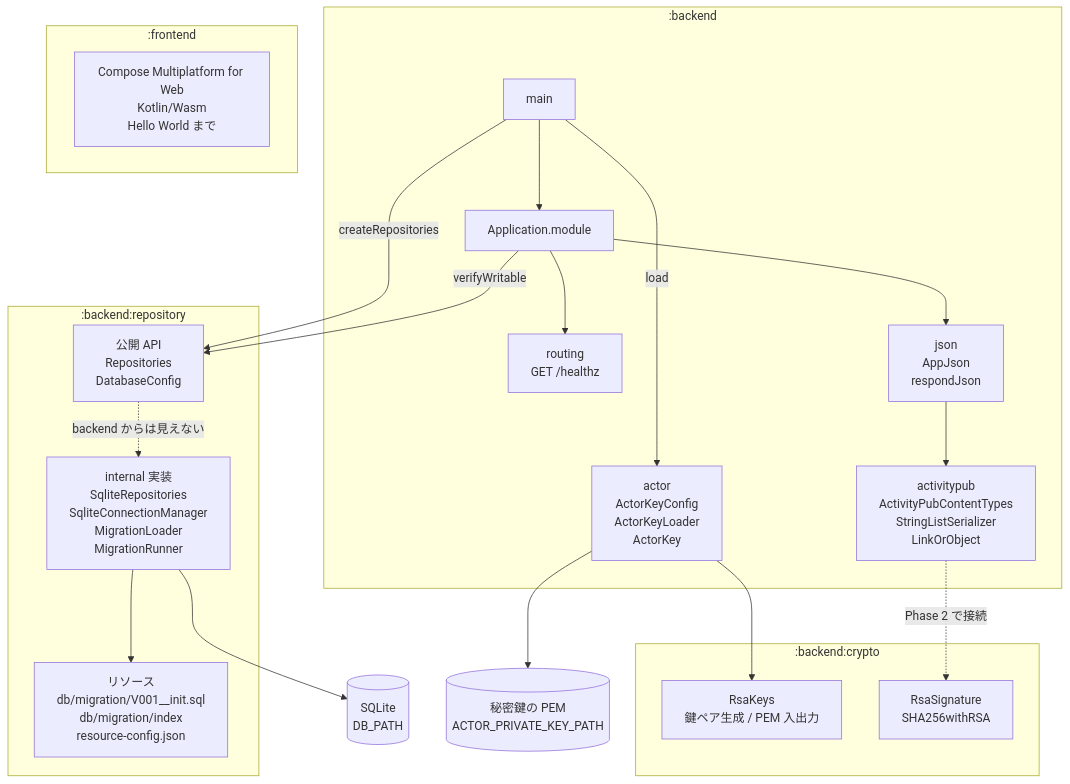
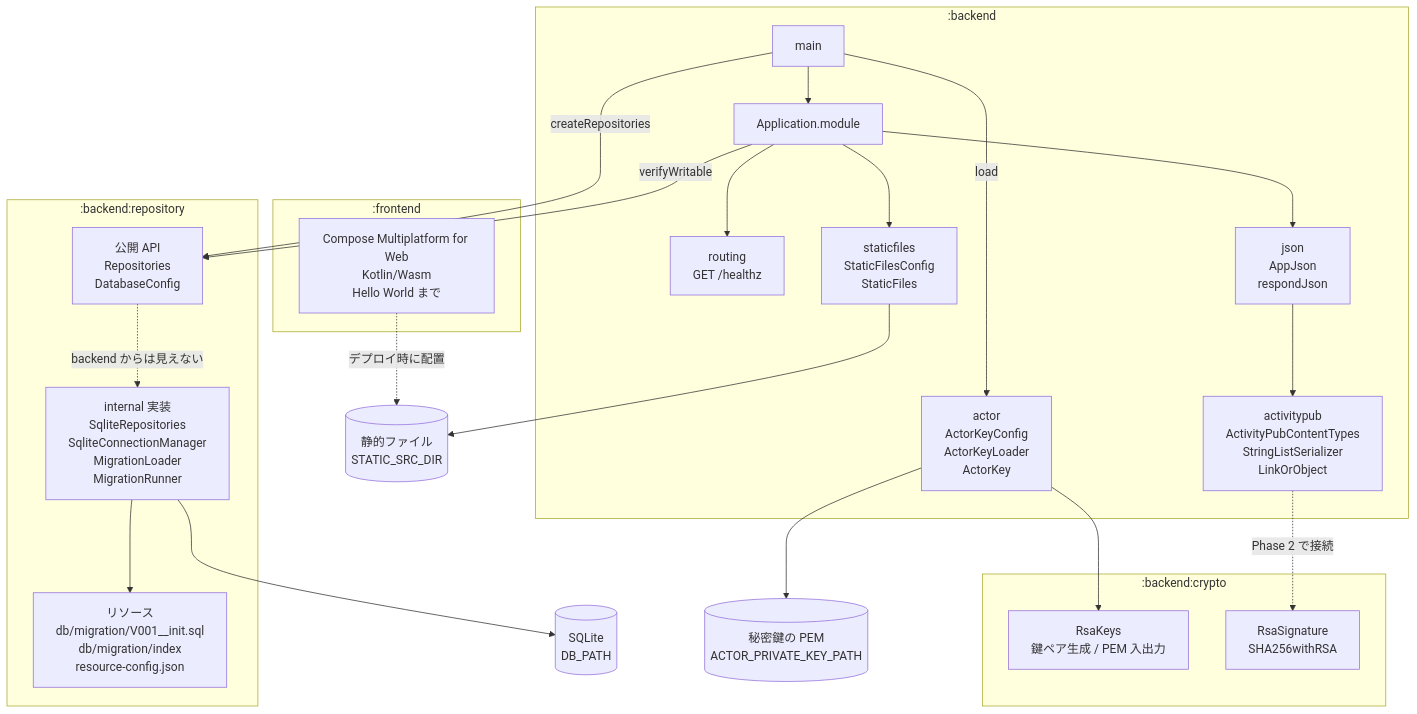
Before and after one commit to matsudamper/mastodon-rss: the diagram in README.md, drawn with Mermaid. The commit also changed other lines of this file and 12 other files, not shown here.

````diff
--- a/README.md
+++ b/README.md
@@ -14,43 +14,48 @@
 ```mermaid
 flowchart TB
     subgraph backend[":backend"]
         main["main"]
         module["Application.module"]
         route["routing<br/>GET /healthz"]
         json["json<br/>AppJson<br/>respondJson"]
         ap["activitypub<br/>ActivityPubContentTypes<br/>StringListSerializer<br/>LinkOrObject"]
         actor["actor<br/>ActorKeyConfig<br/>ActorKeyLoader<br/>ActorKey"]
+        static["staticfiles<br/>StaticFilesConfig<br/>StaticFiles"]
     end
 
     subgraph crypto[":backend:crypto"]
         keys["RsaKeys<br/>鍵ペア生成 / PEM 入出力"]
         sign["RsaSignature<br/>SHA256withRSA"]
     end
 
     subgraph repository[":backend:repository"]
         api["公開 API<br/>Repositories<br/>DatabaseConfig"]
         impl["internal 実装<br/>SqliteRepositories<br/>SqliteConnectionManager<br/>MigrationLoader<br/>MigrationRunner"]
         res["リソース<br/>db/migration/V001__init.sql<br/>db/migration/index<br/>resource-config.json"]
     end
 
     subgraph frontend[":frontend"]
         compose["Compose Multiplatform for Web<br/>Kotlin/Wasm<br/>Hello World まで"]
     end
 
     db[("SQLite<br/>DB_PATH")]
 
     main --> module
     module --> json
     module --> route
     json --> ap
     main -->|createRepositories| api
     main -->|load| actor
     module -->|verifyWritable| api
     api -.->|backend からは見えない| impl
     impl --> res
     impl --> db
     actor --> keys
     ap -.->|Phase 2 で接続| sign
     key[("秘密鍵の PEM<br/>ACTOR_PRIVATE_KEY_PATH")]
     actor --> key
+    dist[("静的ファイル<br/>STATIC_SRC_DIR")]
+    module --> static
+    static --> dist
+    compose -.->|デプロイ時に配置| dist
 ```
````
